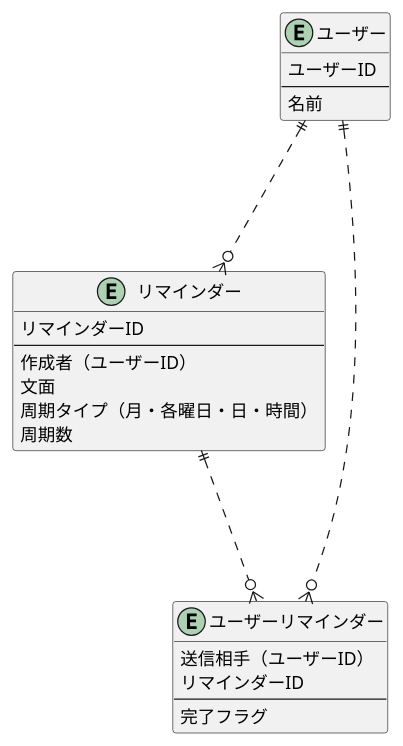
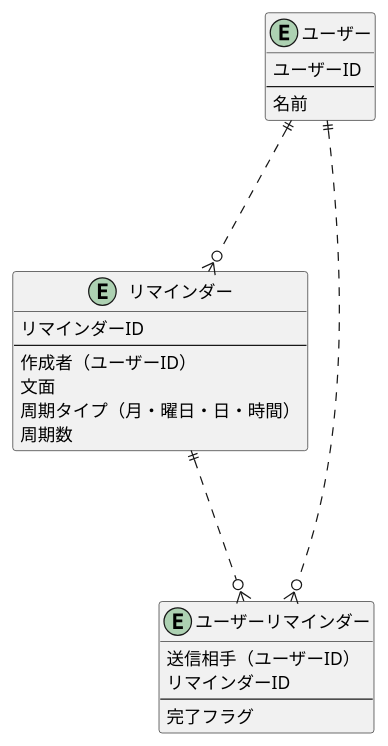
The diagram in database_design/db_modeling4/penpen.pu (kyainuma/praha_challenge), drawn with PlantUML before and after one commit.

```diff
--- a/database_design/db_modeling4/penpen.pu
+++ b/database_design/db_modeling4/penpen.pu
@@ -1,30 +1,30 @@
 @startuml
 
 entity ユーザー {
   ユーザーID
   --
   名前
 }
 
 entity リマインダー {
   リマインダーID
   --
   作成者（ユーザーID）
   文面
-  周期タイプ（月・各曜日・日・時間）
+  周期タイプ（月・曜日・日・時間）
   周期数
 }
 
 entity ユーザーリマインダー {
   送信相手（ユーザーID）
   リマインダーID
   --
   完了フラグ
 }
 
 ユーザー ||...o{ リマインダー
 ユーザー ||...o{ ユーザーリマインダー
 リマインダー ||...o{ ユーザーリマインダー
 
 
 @enduml
```
